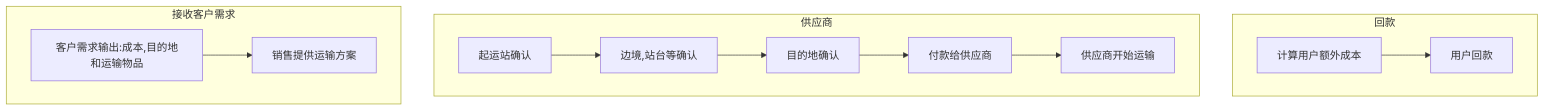
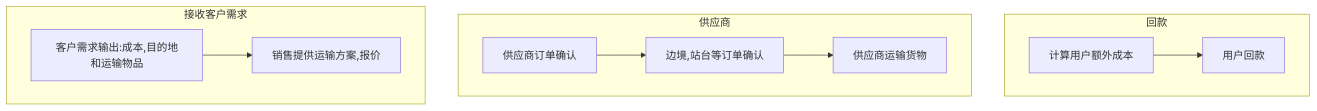
Before and after one commit to dengqinghua/dengqinghua.github.io: the first of 4 diagrams in _posts/2021-01-24-wyd-flow.md, drawn with Mermaid. The commit also changed other lines of this file and 2 other files, not shown here.

```diff
--- a/_posts/2021-01-24-wyd-flow.md
+++ b/_posts/2021-01-24-wyd-flow.md
@@ -10,12 +10,12 @@
 {% mermaid %}
 graph TB
     subgraph 回款
     计算用户额外成本-->用户回款
     end
     subgraph 供应商
-    起运站确认-->边境,站台等确认-->目的地确认-->付款给供应商-->供应商开始运输
+    供应商订单确认-->边境,站台等订单确认-->供应商运输货物
     end
     subgraph 接收客户需求
-    客户需求输出:成本,目的地和运输物品-->销售提供运输方案
+    客户需求输出:成本,目的地和运输物品-->销售提供运输方案,报价
     end
 {% endmermaid %}
```
